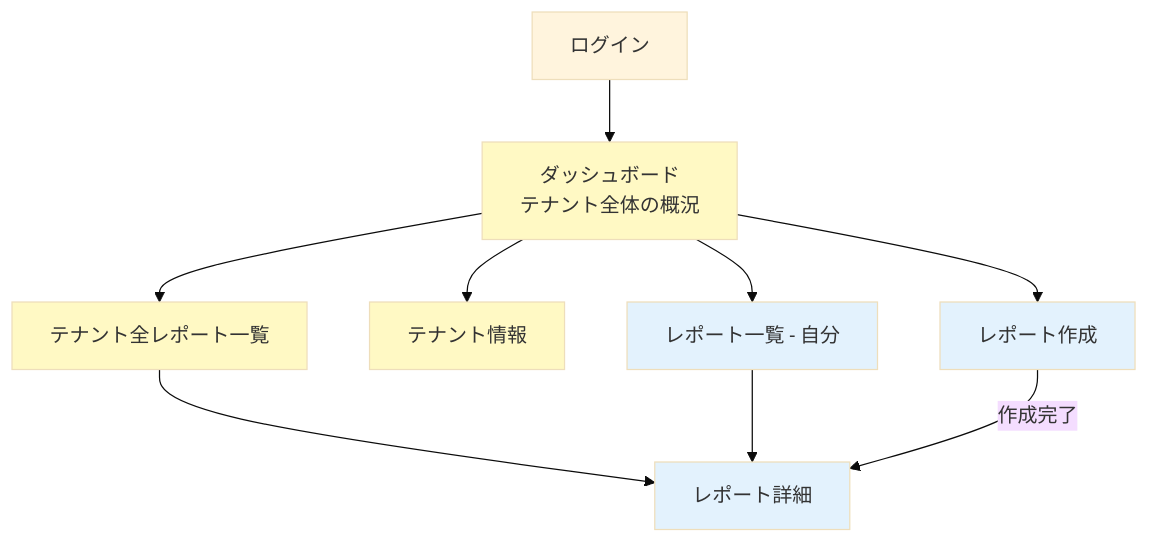
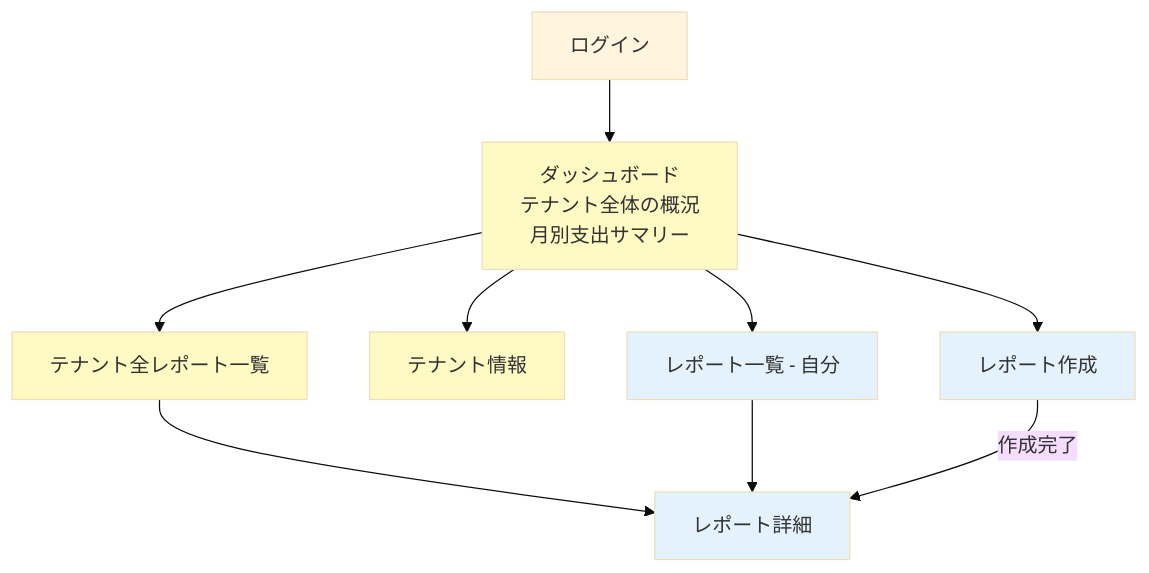
One commit to atsuro128/dev-journal changed the fifth of 8 diagrams in deliverables/docs/40_basic_design/ui_flow.md. Above: the diagram before and after it, drawn with Mermaid (base theme). The commit also changed other lines of this file and 5 other files, not shown here.

````diff
--- a/deliverables/docs/40_basic_design/ui_flow.md
+++ b/deliverables/docs/40_basic_design/ui_flow.md
@@ -209,22 +209,22 @@
 ```mermaid
 graph TD
-    AUTH002[ログイン] --> DASH001[ダッシュボード<br/>テナント全体の概況]
+    AUTH002[ログイン] --> DASH001[ダッシュボード<br/>テナント全体の概況<br/>月別支出サマリー]
 
     %% 管理者としての操作
     DASH001 --> ADM001[テナント全レポート一覧]
     DASH001 --> ADM002[テナント情報]
     ADM001 --> RPT004[レポート詳細]
 
     %% 申請者としての操作（自分のレポートのみ）
     DASH001 --> RPT001[レポート一覧 - 自分]
     DASH001 --> RPT002[レポート作成]
     RPT001 --> RPT004
     RPT002 -->|作成完了| RPT004
 
     style DASH001 fill:#fff9c4
     style ADM001 fill:#fff9c4
     style ADM002 fill:#fff9c4
     style RPT001 fill:#e3f2fd
     style RPT002 fill:#e3f2fd
     style RPT004 fill:#e3f2fd
 ```
````
